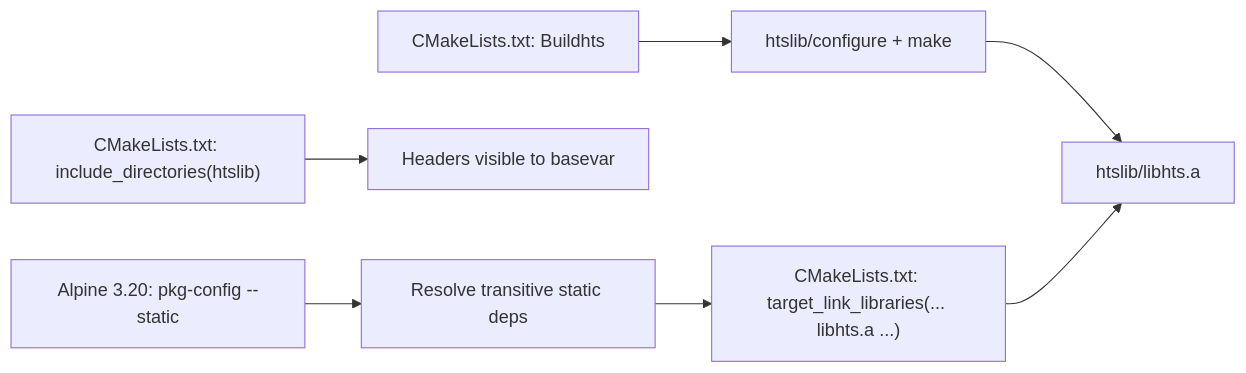
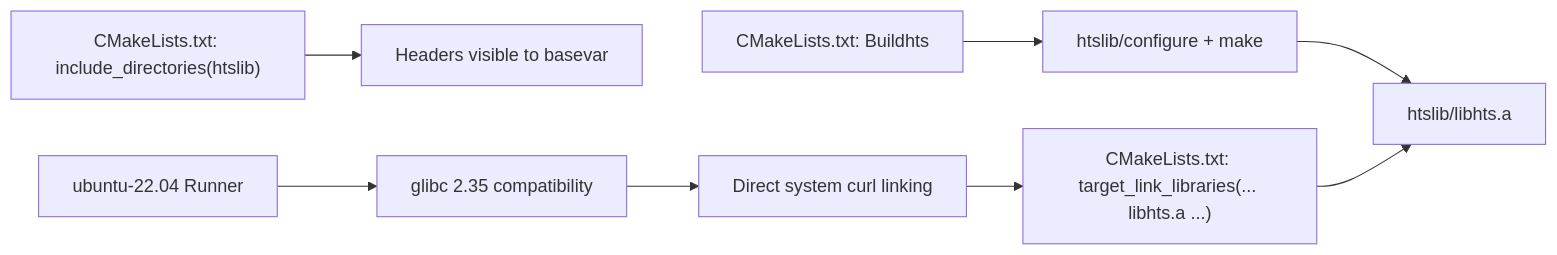
One commit to ShujiaHuang/BaseVar2 changed the fourth of 8 diagrams in .qoder/repowiki/en/content/Build System and Configuration.md. Above: the diagram before and after it, drawn with Mermaid. The commit also changed other lines of this file and 5 other files, not shown here.

````diff
--- a/.qoder/repowiki/en/content/Build System and Configuration.md
+++ b/.qoder/repowiki/en/content/Build System and Configuration.md
@@ -208,9 +221,10 @@
 ```mermaid
 graph LR
 A["CMakeLists.txt: Buildhts"] --> B["htslib/configure + make"]
 B --> C["htslib/libhts.a"]
 D["CMakeLists.txt: include_directories(htslib)"] --> E["Headers visible to basevar"]
 F["CMakeLists.txt: target_link_libraries(... libhts.a ...)"] --> C
-G["Alpine 3.20: pkg-config --static"] --> H["Resolve transitive static deps"]
-H --> F
+G["ubuntu-22.04 Runner"] --> H["glibc 2.35 compatibility"]
+H --> I["Direct system curl linking"]
+I --> F
 ```
````
